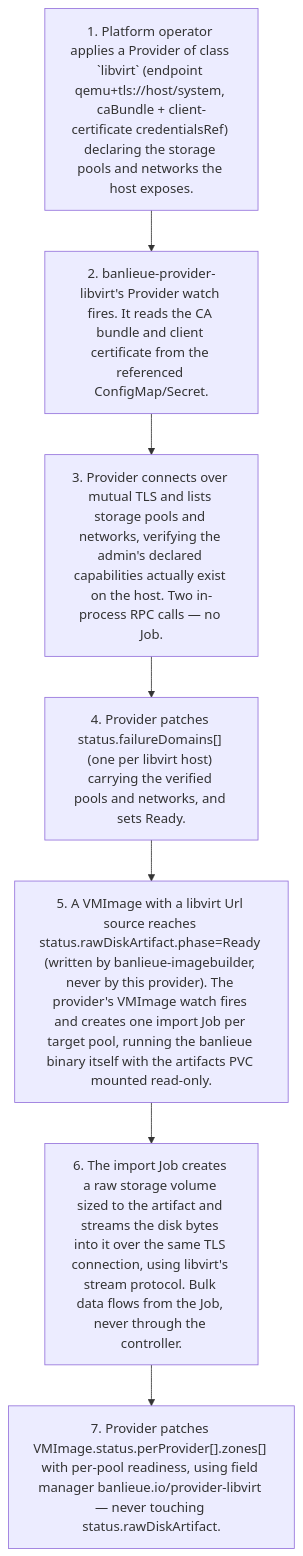
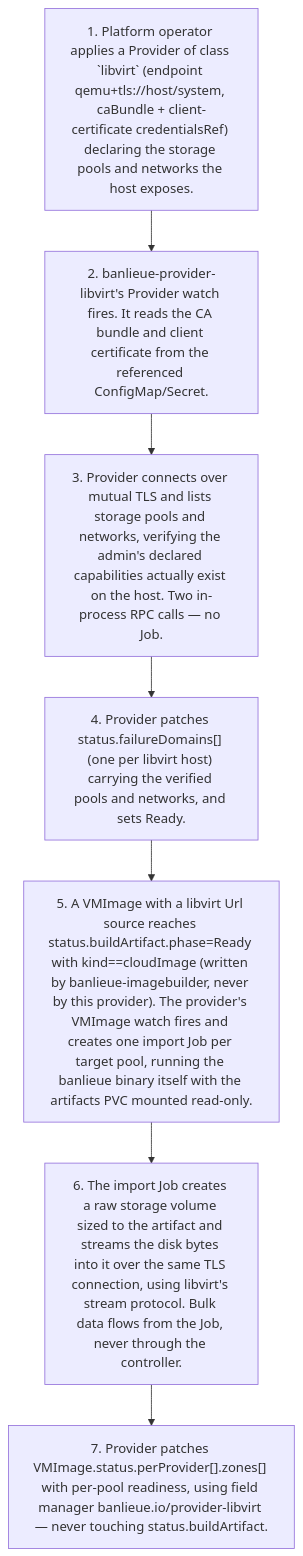
The sixth of 8 diagrams in docs/src/architecture/flows.md (firestoned/banlieue), drawn with Mermaid before and after one commit. The commit also changed other lines of this file and 7 other files, not shown here.

Commit message:
Add vSphere import and createvm template task job

````diff
--- a/docs/src/architecture/flows.md
+++ b/docs/src/architecture/flows.md
@@ -120,11 +120,11 @@
 ```mermaid
 flowchart TD
     t1["1. Platform operator applies a Provider of class `libvirt` (endpoint qemu+tls://host/system, caBundle + client-certificate credentialsRef) declaring the storage pools and networks the host exposes."]
     t2["2. banlieue-provider-libvirt's Provider watch fires. It reads the CA bundle and client certificate from the referenced ConfigMap/Secret."]
     t3["3. Provider connects over mutual TLS and lists storage pools and networks, verifying the admin's declared capabilities actually exist on the host. Two in-process RPC calls — no Job."]
     t4["4. Provider patches status.failureDomains[] (one per libvirt host) carrying the verified pools and networks, and sets Ready."]
-    t5["5. A VMImage with a libvirt Url source reaches status.rawDiskArtifact.phase=Ready (written by banlieue-imagebuilder, never by this provider). The provider's VMImage watch fires and creates one import Job per target pool, running the banlieue binary itself with the artifacts PVC mounted read-only."]
+    t5["5. A VMImage with a libvirt Url source reaches status.buildArtifact.phase=Ready with kind==cloudImage (written by banlieue-imagebuilder, never by this provider). The provider's VMImage watch fires and creates one import Job per target pool, running the banlieue binary itself with the artifacts PVC mounted read-only."]
     t6["6. The import Job creates a raw storage volume sized to the artifact and streams the disk bytes into it over the same TLS connection, using libvirt's stream protocol. Bulk data flows from the Job, never through the controller."]
-    t7["7. Provider patches VMImage.status.perProvider[].zones[] with per-pool readiness, using field manager banlieue.io/provider-libvirt — never touching status.rawDiskArtifact."]
+    t7["7. Provider patches VMImage.status.perProvider[].zones[] with per-pool readiness, using field manager banlieue.io/provider-libvirt — never touching status.buildArtifact."]
     t1 --> t2 --> t3 --> t4 --> t5 --> t6 --> t7
 ```
````
